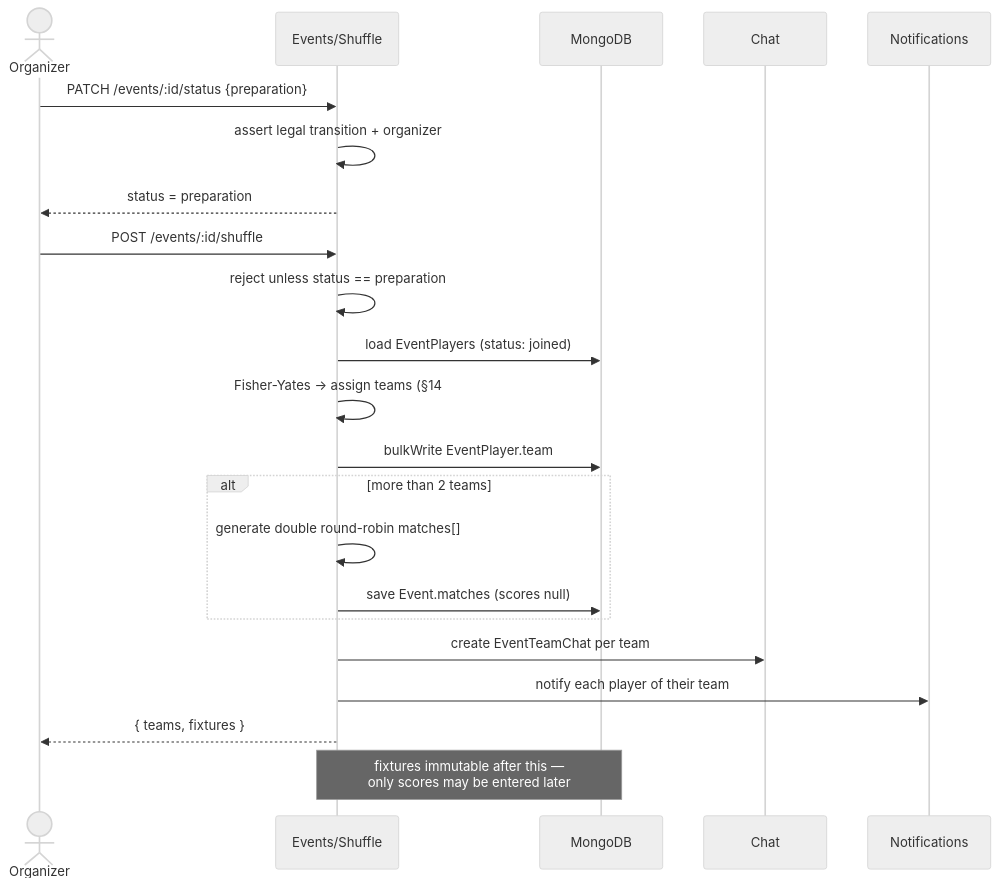
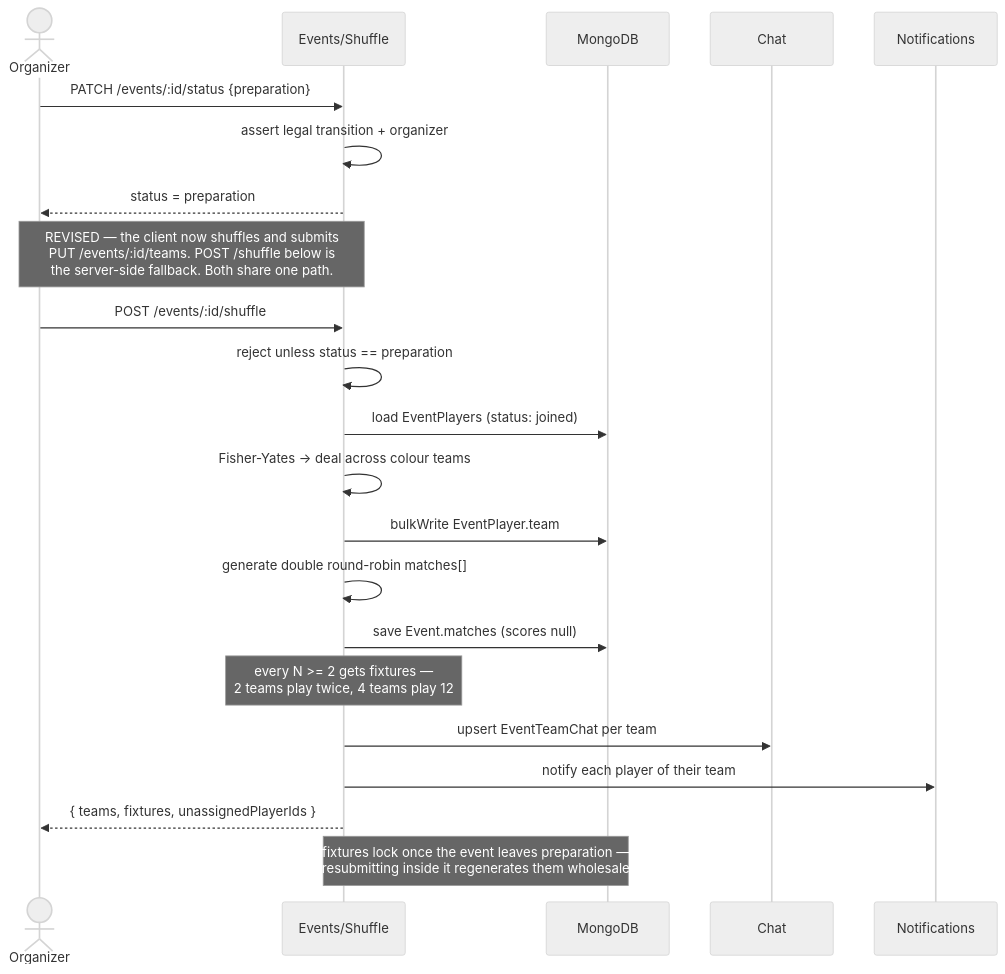
The diagram in docs/superpowers/diagrams/spec-v2-13-4-team-shuffle-fixtures.mmd (heinlinaung/kickr_backend), drawn with Mermaid (neutral theme) before and after one commit. The commit also changed 6 other files, not shown here.

First line of the commit message:
docs(diagrams): cover steps 2-4 and correct the stale ones

```diff
--- a/docs/superpowers/diagrams/spec-v2-13-4-team-shuffle-fixtures.mmd
+++ b/docs/superpowers/diagrams/spec-v2-13-4-team-shuffle-fixtures.mmd
@@ -1,30 +1,37 @@
 %% 13.4 Team shuffle & fixture generation (preparation)
 %% Source of truth for this diagram. Rendered from ../specs/2026-07-28-kickr-spec-v2-changes.md §13.4
 %% Edit here, not in the spec — the spec links to this file.
+%%
+%% SUPERSEDED for implementation detail. The events feature spec revised this:
+%% the CLIENT now shuffles and submits the roster via PUT /events/:id/teams,
+%% and POST /shuffle is a server-side fallback on the same write path. See
+%% ./events-5-4-team-submission-fixtures.mmd for what was actually built.
+%% Kept because §13.4 of the parent spec still links here.
 sequenceDiagram
     actor O as Organizer
     participant API as Events/Shuffle
     participant DB as MongoDB
     participant CH as Chat
     participant N as Notifications
 
     O->>API: PATCH /events/:id/status {preparation}
     API->>API: assert legal transition + organizer
     API-->>O: status = preparation
 
+    Note over O,API: REVISED — the client now shuffles and submits<br/>PUT /events/:id/teams. POST /shuffle below is<br/>the server-side fallback. Both share one path.
+
     O->>API: POST /events/:id/shuffle
     API->>API: reject unless status == preparation
     API->>DB: load EventPlayers (status: joined)
-    API->>API: Fisher-Yates → assign teams (§14 #6)
+    API->>API: Fisher-Yates → deal across colour teams
     API->>DB: bulkWrite EventPlayer.team
 
-    alt more than 2 teams
-        API->>API: generate double round-robin matches[]
-        API->>DB: save Event.matches (scores null)
-    end
+    API->>API: generate double round-robin matches[]
+    API->>DB: save Event.matches (scores null)
+    Note over API: every N >= 2 gets fixtures —<br/>2 teams play twice, 4 teams play 12
 
-    API->>CH: create EventTeamChat per team
+    API->>CH: upsert EventTeamChat per team
     API->>N: notify each player of their team
-    API-->>O: { teams, fixtures }
+    API-->>O: { teams, fixtures, unassignedPlayerIds }
 
-    Note over API,DB: fixtures immutable after this —<br/>only scores may be entered later
+    Note over API,DB: fixtures lock once the event leaves preparation —<br/>resubmitting inside it regenerates them wholesale
```
